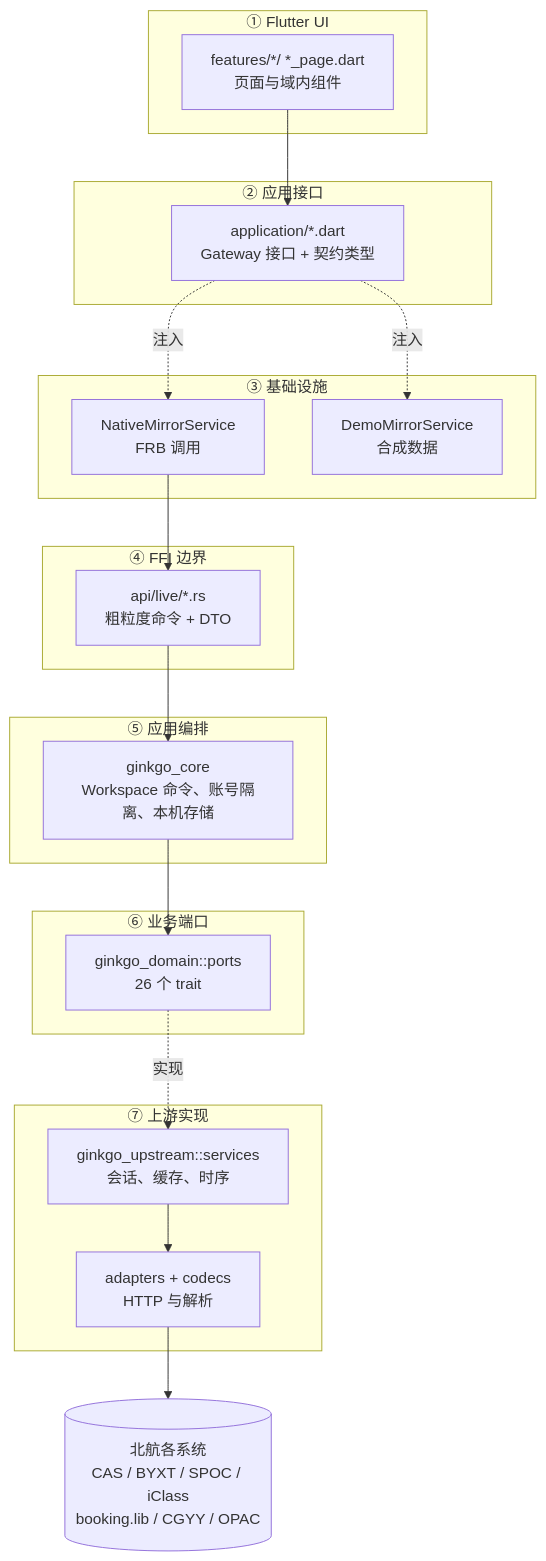
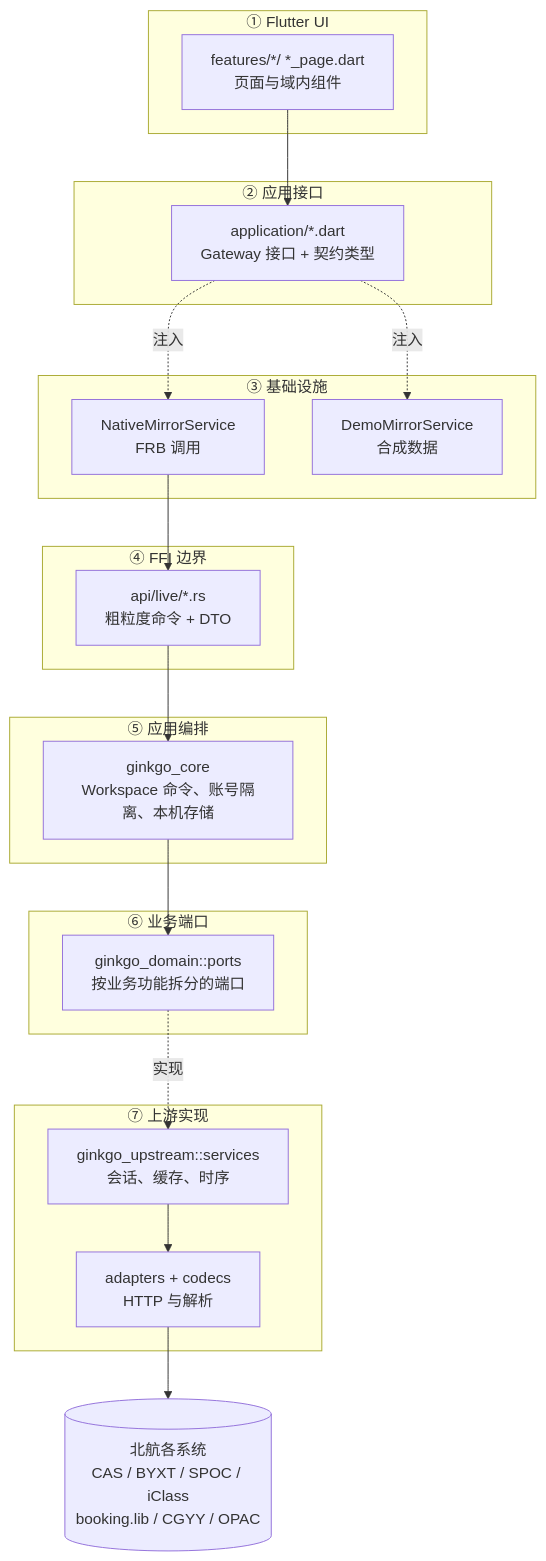
The first of 10 diagrams in docs/ARCHITECTURE-TOPOLOGY.md (JUANWANG-BUAA/ginkgo), drawn with Mermaid before and after one commit. The commit also changed other lines of this file and 316 other files, not shown here.

````diff
--- a/docs/ARCHITECTURE-TOPOLOGY.md
+++ b/docs/ARCHITECTURE-TOPOLOGY.md
@@ -9,37 +9,37 @@
 ```mermaid
 flowchart TB
   subgraph ui["① Flutter UI"]
     pages["features/*/ *_page.dart<br/>页面与域内组件"]
   end
   subgraph app["② 应用接口"]
     gateways["application/*.dart<br/>Gateway 接口 + 契约类型"]
   end
   subgraph adapter["③ 基础设施"]
     native["NativeMirrorService<br/>FRB 调用"]
     demo["DemoMirrorService<br/>合成数据"]
   end
   subgraph bridge["④ FFI 边界"]
     frb["api/live/*.rs<br/>粗粒度命令 + DTO"]
   end
   subgraph core["⑤ 应用编排"]
     ws["ginkgo_core<br/>Workspace 命令、账号隔离、本机存储"]
   end
   subgraph ports["⑥ 业务端口"]
-    traits["ginkgo_domain::ports<br/>26 个 trait"]
+    traits["ginkgo_domain::ports<br/>按业务功能拆分的端口"]
   end
   subgraph up["⑦ 上游实现"]
     services["ginkgo_upstream::services<br/>会话、缓存、时序"]
     adapters2["adapters + codecs<br/>HTTP 与解析"]
   end
   school[("北航各系统<br/>CAS / BYXT / SPOC / iClass<br/>booking.lib / CGYY / OPAC")]
 
   pages --> gateways
   gateways -.注入.-> native
   gateways -.注入.-> demo
   native --> frb
   frb --> ws
   ws --> traits
   traits -.实现.-> services
   services --> adapters2
   adapters2 --> school
 ```
````
